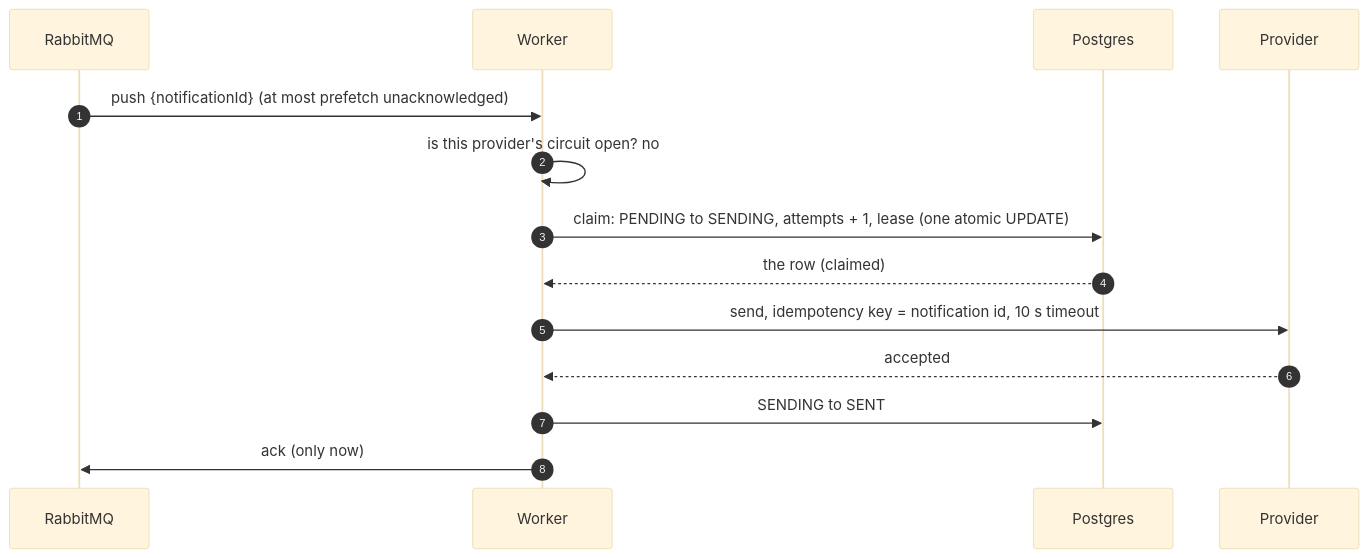
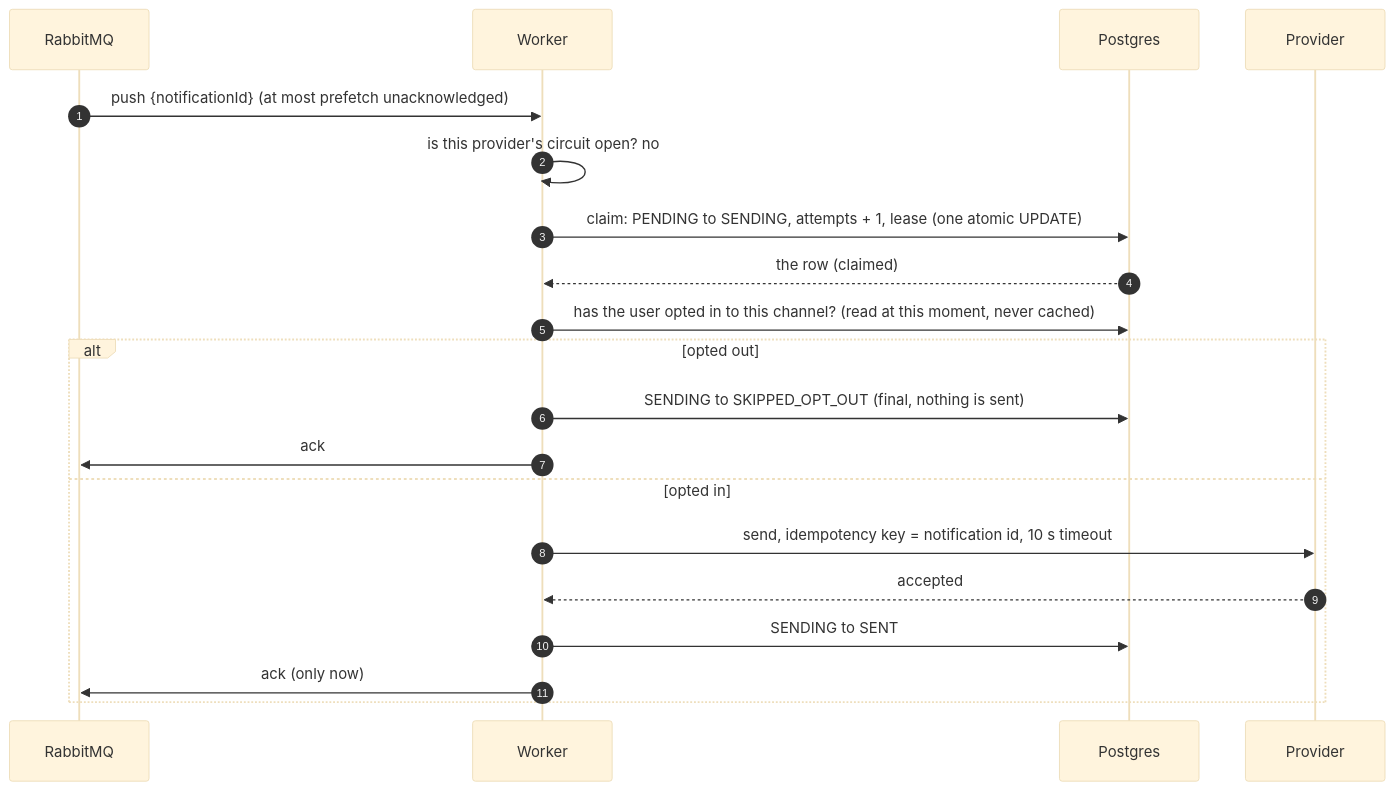
Before and after one commit to flerner/notification-system: the third of 8 diagrams in notification-system/docs/FLOWS.md, drawn with Mermaid (base theme). The commit also changed other lines of this file and 28 other files, not shown here.

````diff
--- a/notification-system/docs/FLOWS.md
+++ b/notification-system/docs/FLOWS.md
@@ -64,17 +68,23 @@
 ```mermaid
 sequenceDiagram
     autonumber
     participant MQ as RabbitMQ
     participant W as Worker
     participant DB as Postgres
     participant P as Provider
 
     MQ->>W: push {notificationId} (at most prefetch unacknowledged)
     W->>W: is this provider's circuit open? no
     W->>DB: claim: PENDING to SENDING, attempts + 1, lease (one atomic UPDATE)
     DB-->>W: the row (claimed)
-    W->>P: send, idempotency key = notification id, 10 s timeout
-    P-->>W: accepted
-    W->>DB: SENDING to SENT
-    W->>MQ: ack (only now)
+    W->>DB: has the user opted in to this channel? (read at this moment, never cached)
+    alt opted out
+        W->>DB: SENDING to SKIPPED_OPT_OUT (final, nothing is sent)
+        W->>MQ: ack
+    else opted in
+        W->>P: send, idempotency key = notification id, 10 s timeout
+        P-->>W: accepted
+        W->>DB: SENDING to SENT
+        W->>MQ: ack (only now)
+    end
 ```
````
